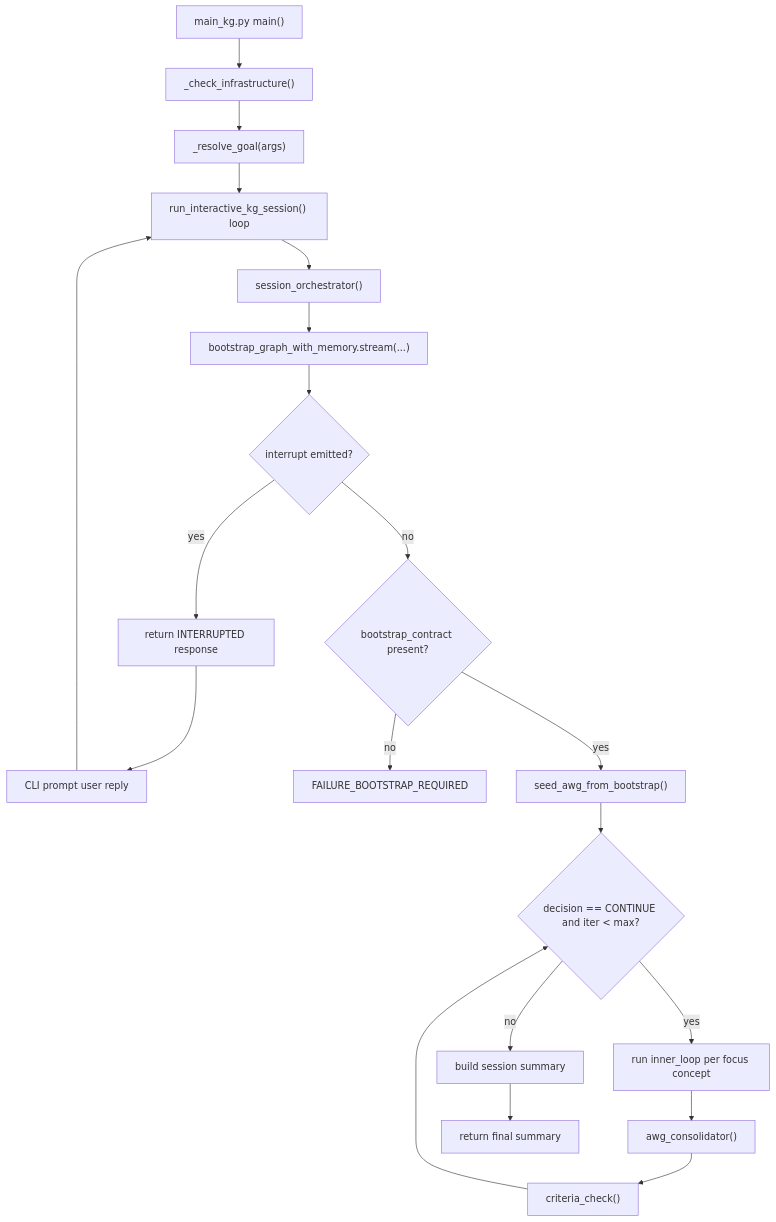
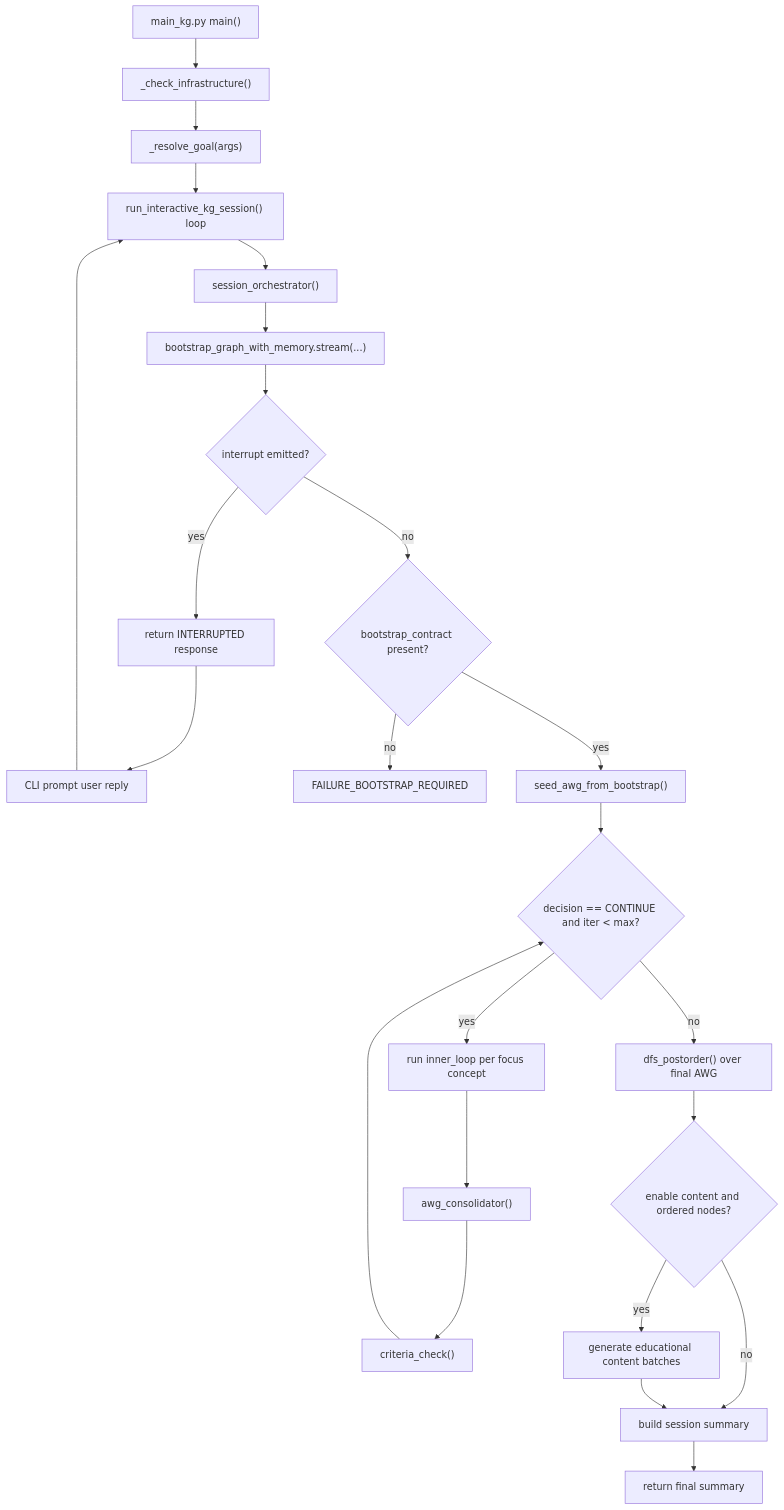
Before and after one commit to cognitiq-ai/deer-flow: the first of 4 diagrams in docs/kg-runtime-index/diagrams/overview.md, drawn with Mermaid. The commit also changed other lines of this file and 6 other files, not shown here.

````diff
--- a/docs/kg-runtime-index/diagrams/overview.md
+++ b/docs/kg-runtime-index/diagrams/overview.md
@@ -8,25 +8,29 @@
 ```mermaid
 flowchart TD
     cliMain["main_kg.py main()"] --> infraCheck["_check_infrastructure()"]
     infraCheck --> resolveGoal["_resolve_goal(args)"]
     resolveGoal --> runLoop["run_interactive_kg_session() loop"]
     runLoop --> sessionOrch["session_orchestrator()"]
 
     sessionOrch --> bootstrapStream["bootstrap_graph_with_memory.stream(...)"]
     bootstrapStream --> interruptCheck{"interrupt emitted?"}
     interruptCheck -->|yes| returnInterrupted["return INTERRUPTED response"]
     returnInterrupted --> userReply["CLI prompt user reply"]
     userReply --> runLoop
 
     interruptCheck -->|no| contractCheck{"bootstrap_contract present?"}
     contractCheck -->|no| failBootstrap["FAILURE_BOOTSTRAP_REQUIRED"]
     contractCheck -->|yes| seedAwg["seed_awg_from_bootstrap()"]
 
     seedAwg --> mainLoop{"decision == CONTINUE and iter < max?"}
     mainLoop -->|yes| runInner["run inner_loop per focus concept"]
     runInner --> consolidate["awg_consolidator()"]
     consolidate --> criteria["criteria_check()"]
     criteria --> mainLoop
-    mainLoop -->|no| finalize["build session summary"]
+    mainLoop -->|no| orderNodes["dfs_postorder() over final AWG"]
+    orderNodes --> contentGate{"enable content and ordered nodes?"}
+    contentGate -->|yes| contentBatch["generate educational content batches"]
+    contentGate -->|no| finalize["build session summary"]
+    contentBatch --> finalize
     finalize --> returnFinal["return final summary"]
 ```
````
